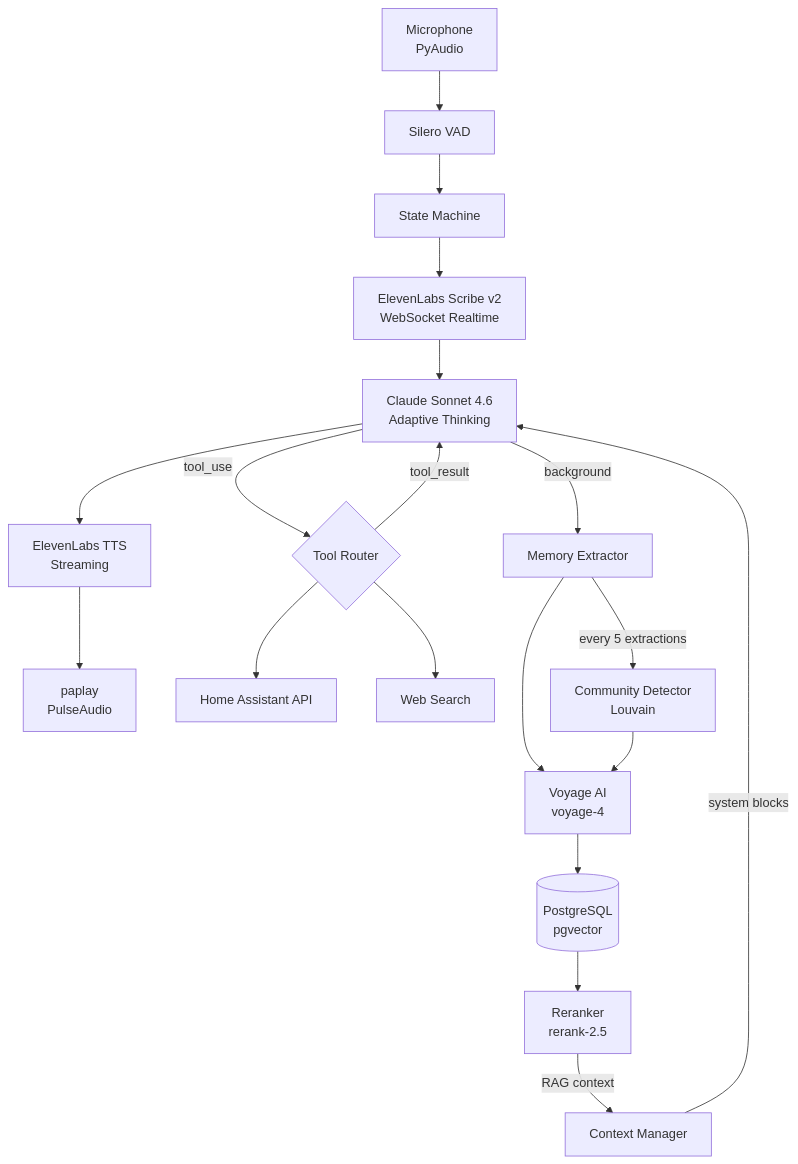
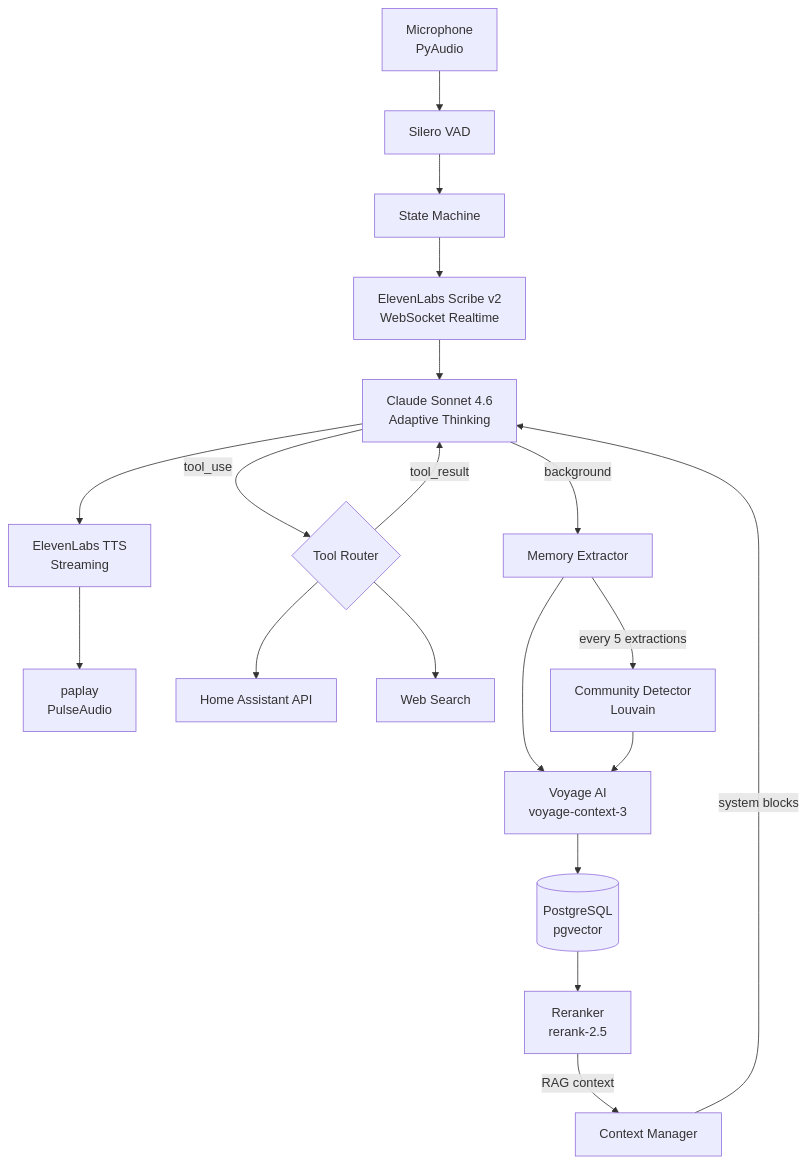
The first of 2 diagrams in README.md (NorthProt-Inc/prot), drawn with Mermaid before and after one commit. The commit also changed other lines of this file and 2 other files, not shown here.

Commit message:
docs: reflect codebase simplification in project docs
Remove deleted log.py from architecture, drop VOYAGE_DIMENSION env var,
update embeddings to contextual-only, add force_recovery() documentation.

````diff
--- a/README.md
+++ b/README.md
@@ -23,22 +23,22 @@
 ```mermaid
 graph TD
     MIC[Microphone<br/>PyAudio] --> VAD[Silero VAD]
     VAD --> SM[State Machine]
     SM --> STT[ElevenLabs Scribe v2<br/>WebSocket Realtime]
     STT --> LLM[Claude Sonnet 4.6<br/>Adaptive Thinking]
     LLM --> TTS[ElevenLabs TTS<br/>Streaming]
     TTS --> PLAY[paplay<br/>PulseAudio]
 
     LLM -->|tool_use| TOOLS{Tool Router}
     TOOLS --> HASS[Home Assistant API]
     TOOLS --> WEB[Web Search]
     TOOLS -->|tool_result| LLM
 
     LLM -->|background| MEM[Memory Extractor]
-    MEM --> EMB[Voyage AI<br/>voyage-4]
+    MEM --> EMB[Voyage AI<br/>voyage-context-3]
     EMB --> DB[(PostgreSQL<br/>pgvector)]
     MEM -->|every 5 extractions| COMM[Community Detector<br/>Louvain]
     COMM --> EMB
     DB --> RERANK[Reranker<br/>rerank-2.5] -->|RAG context| CTX[Context Manager]
     CTX -->|system blocks| LLM
 ```
````
